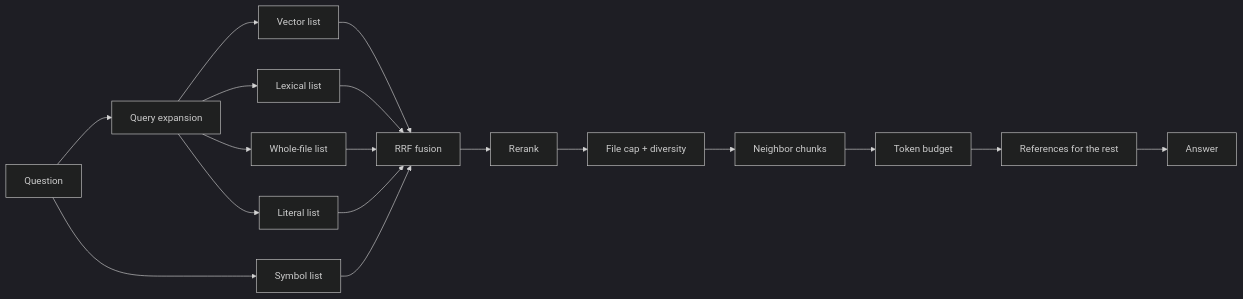
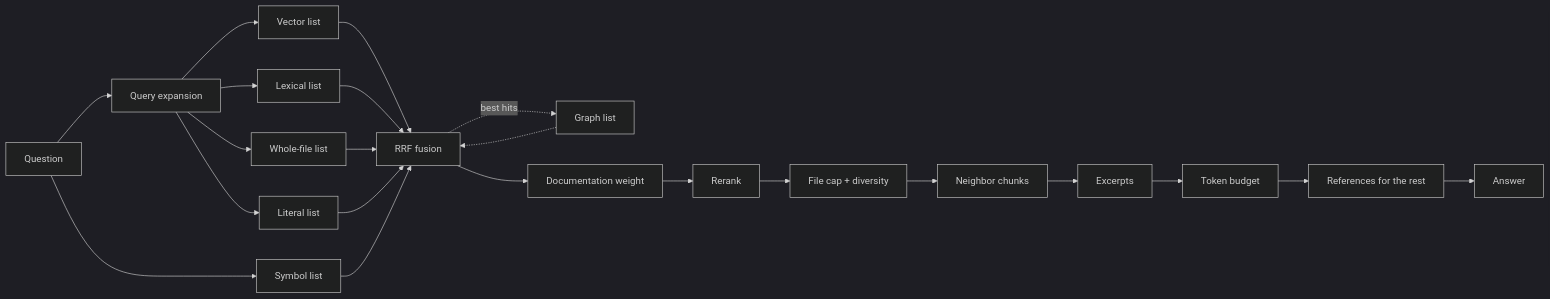
The diagram in docs/retrieval.md (pedrojr/ragnar), drawn with Mermaid (dark theme) before and after one commit. The commit also changed other lines of this file and 20 other files, not shown here.

First line of the commit message:
docs: align the docs with the code, the graph and the example

````diff
--- a/docs/retrieval.md
+++ b/docs/retrieval.md
@@ -9,20 +9,24 @@
 ```mermaid
 flowchart LR
     q[Question] --> x[Query expansion]
     x --> v[Vector list]
     x --> l[Lexical list]
     x --> w[Whole-file list]
     x --> t[Literal list]
     q --> s[Symbol list]
     v --> f[RRF fusion]
     l --> f
     w --> f
     t --> f
     s --> f
-    f --> r[Rerank]
+    f -. "best hits" .-> g[Graph list]
+    g -.-> f
+    f --> k[Documentation weight]
+    k --> r[Rerank]
     r --> d[File cap + diversity]
     d --> n[Neighbor chunks]
-    n --> b[Token budget]
+    n --> e[Excerpts]
+    e --> b[Token budget]
     b --> c[References for the rest]
     c --> a[Answer]
 ```
````
